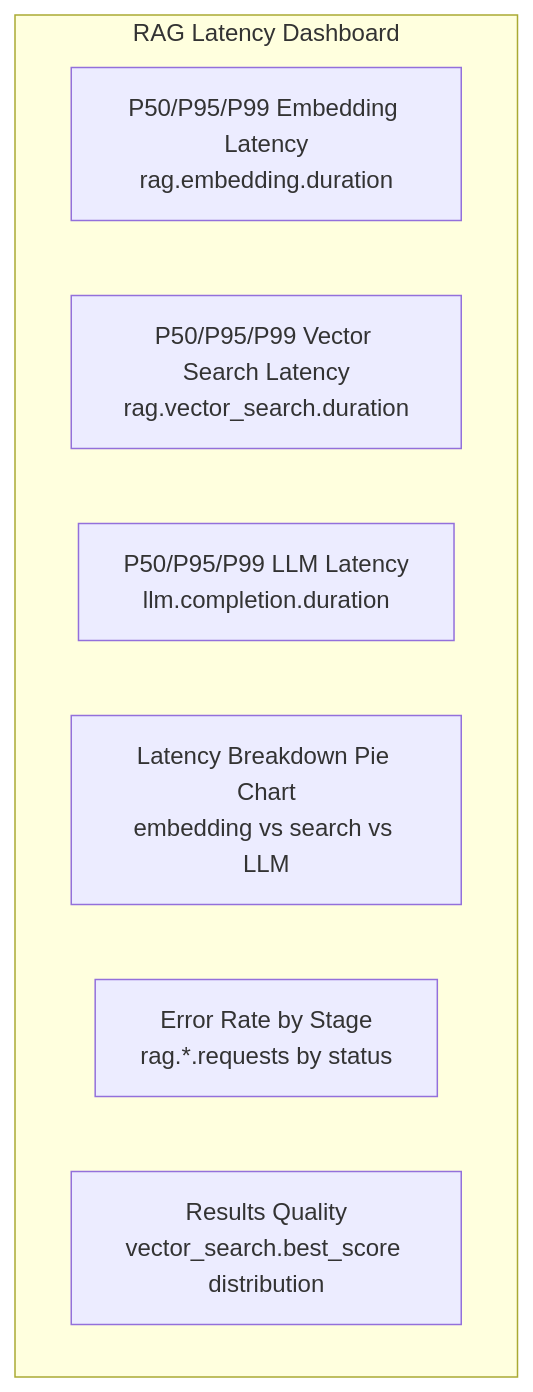
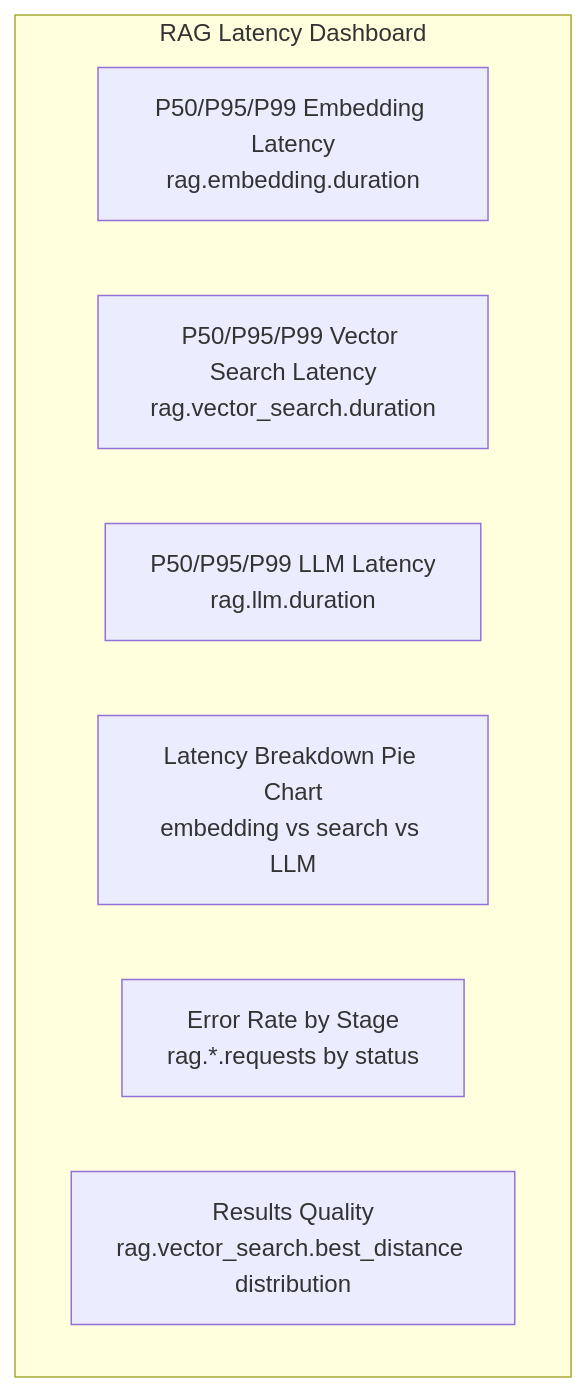
Before and after one commit to OneUptime/blog: the second of 2 diagrams in posts/2026-02-06-monitor-embedding-vector-search-latency-opentelemetry/README.md, drawn with Mermaid. The commit also changed other lines of this file and 2 other files, not shown here.

Commit message:
validate: 2026-02-06-monitor-embedding-vector-search-latency-opentelemetry

````diff
--- a/posts/2026-02-06-monitor-embedding-vector-search-latency-opentelemetry/README.md
+++ b/posts/2026-02-06-monitor-embedding-vector-search-latency-opentelemetry/README.md
@@ -330,11 +405,11 @@
 ```mermaid
 flowchart TB
     subgraph Dashboard["RAG Latency Dashboard"]
         A["P50/P95/P99 Embedding Latency<br/>rag.embedding.duration"]
         B["P50/P95/P99 Vector Search Latency<br/>rag.vector_search.duration"]
-        C["P50/P95/P99 LLM Latency<br/>llm.completion.duration"]
+        C["P50/P95/P99 LLM Latency<br/>rag.llm.duration"]
         D["Latency Breakdown Pie Chart<br/>embedding vs search vs LLM"]
         E["Error Rate by Stage<br/>rag.*.requests by status"]
-        F["Results Quality<br/>vector_search.best_score distribution"]
+        F["Results Quality<br/>rag.vector_search.best_distance distribution"]
     end
 ```
````
